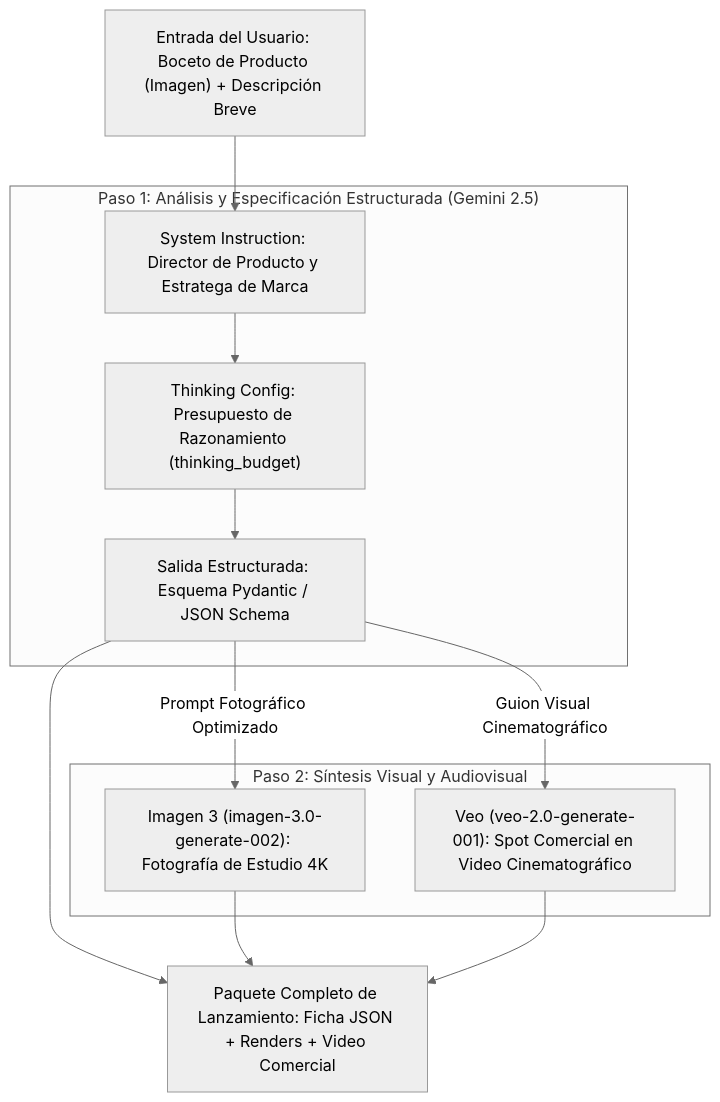
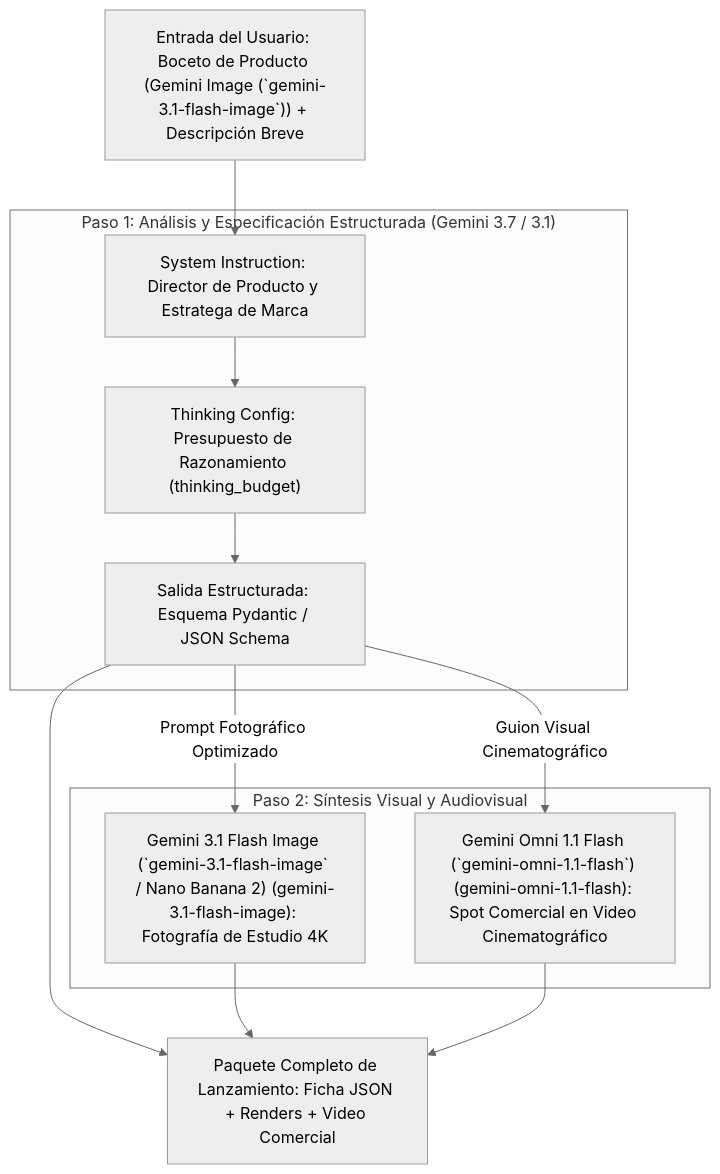
Before and after one commit to AllInVaders/aistudio-full-course: the diagram in es/module-02-basics-prompts-media-llms/README.md, drawn with Mermaid (neutral theme). The commit also changed other lines of this file and 30 other files, not shown here.

Commit message:
feat: upgrade all models across curriculum, labs, portal & notebooks to Sep 2026 lineup (Gemini 3.7 Flash, 3.1 Pro, Gemini 3.1 Flash Image / Nano Banana 2, Gemini Omni 1.1 Flash Video, Gemini 3.8 Live)

````diff
--- a/es/module-02-basics-prompts-media-llms/README.md
+++ b/es/module-02-basics-prompts-media-llms/README.md
@@ -11,26 +11,26 @@
 ```mermaid
 flowchart TD
-    INPUT["Entrada del Usuario: Boceto de Producto (Imagen) + Descripción Breve"]
+    INPUT["Entrada del Usuario: Boceto de Producto (Gemini Image (`gemini-3.1-flash-image`)) + Descripción Breve"]
     
-    subgraph Razonamiento["Paso 1: Análisis y Especificación Estructurada (Gemini 2.5)"]
+    subgraph Razonamiento["Paso 1: Análisis y Especificación Estructurada (Gemini 3.7 / 3.1)"]
         SYS["System Instruction: Director de Producto y Estratega de Marca"]
         THINK["Thinking Config: Presupuesto de Razonamiento (thinking_budget)"]
         SCHEMA["Salida Estructurada: Esquema Pydantic / JSON Schema"]
     end
     
     subgraph Multimedia["Paso 2: Síntesis Visual y Audiovisual"]
-        IMAGEN["Imagen 3 (imagen-3.0-generate-002): Fotografía de Estudio 4K"]
-        VEO["Veo (veo-2.0-generate-001): Spot Comercial en Video Cinematográfico"]
+        IMAGEN["Gemini 3.1 Flash Image (`gemini-3.1-flash-image` / Nano Banana 2) (gemini-3.1-flash-image): Fotografía de Estudio 4K"]
+        VEO["Gemini Omni 1.1 Flash (`gemini-omni-1.1-flash`) (gemini-omni-1.1-flash): Spot Comercial en Video Cinematográfico"]
     end
     
     OUTPUT["Paquete Completo de Lanzamiento: Ficha JSON + Renders + Video Comercial"]
     
     INPUT --> SYS
     SYS --> THINK
     THINK --> SCHEMA
     SCHEMA -->|"Prompt Fotográfico Optimizado"| IMAGEN
     SCHEMA -->|"Guion Visual Cinematográfico"| VEO
     SCHEMA --> OUTPUT
     IMAGEN --> OUTPUT
     VEO --> OUTPUT
 ```
````
